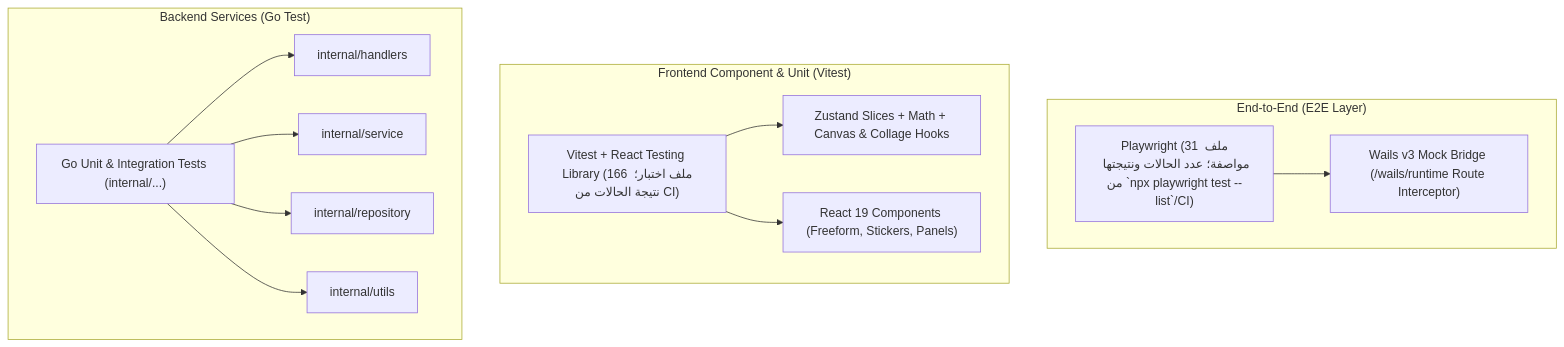
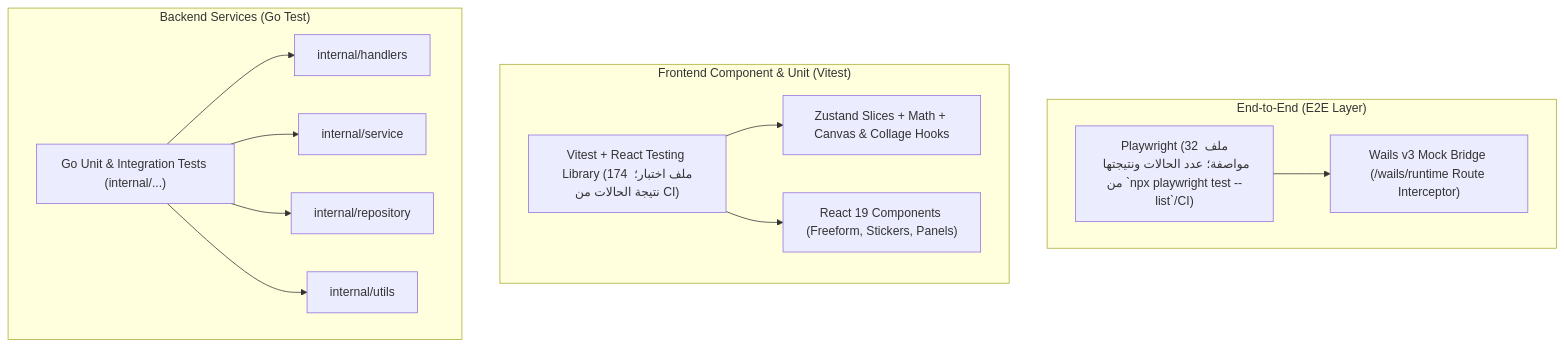
Before and after one commit to wisam79/grido: the diagram in docs/testing_guide.md, drawn with Mermaid. The commit also changed other lines of this file and 143 other files, not shown here.

````diff
--- a/docs/testing_guide.md
+++ b/docs/testing_guide.md
@@ -253,28 +337,28 @@
 ```mermaid
 flowchart TD
     subgraph E2E ["End-to-End (E2E Layer)"]
-        PW["Playwright (31 ملف مواصفة؛ عدد الحالات ونتيجتها من `npx playwright test --list`/CI)"]
+        PW["Playwright (32 ملف مواصفة؛ عدد الحالات ونتيجتها من `npx playwright test --list`/CI)"]
         Bridge["Wails v3 Mock Bridge (/wails/runtime Route Interceptor)"]
         PW --> Bridge
     end
 
     subgraph FE ["Frontend Component & Unit (Vitest)"]
-        VTests["Vitest + React Testing Library (166 ملف اختبار؛ نتيجة الحالات من CI)"]
+        VTests["Vitest + React Testing Library (174 ملف اختبار؛ نتيجة الحالات من CI)"]
         Zustand["Zustand Slices + Math + Canvas & Collage Hooks"]
         Comps["React 19 Components (Freeform, Stickers, Panels)"]
         VTests --> Zustand
         VTests --> Comps
     end
 
     subgraph BE ["Backend Services (Go Test)"]
         GoTests["Go Unit & Integration Tests (internal/...)"]
         Handlers["internal/handlers"]
         Services["internal/service"]
         Repo["internal/repository"]
         Utils["internal/utils"]
         GoTests --> Handlers
         GoTests --> Services
         GoTests --> Repo
         GoTests --> Utils
     end
 ```
````
